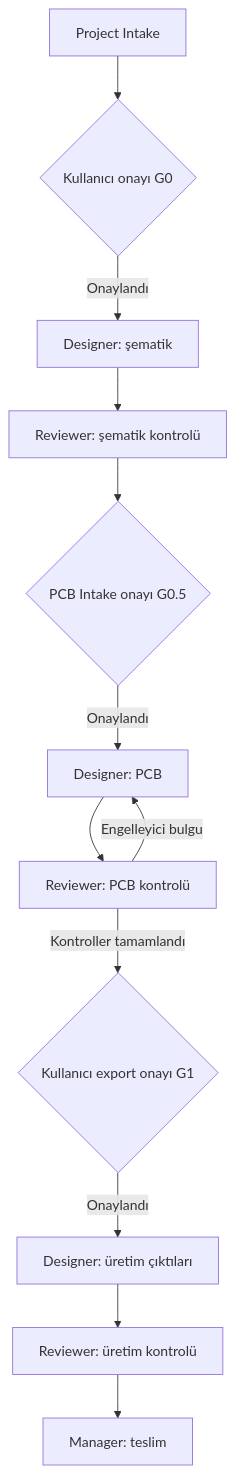
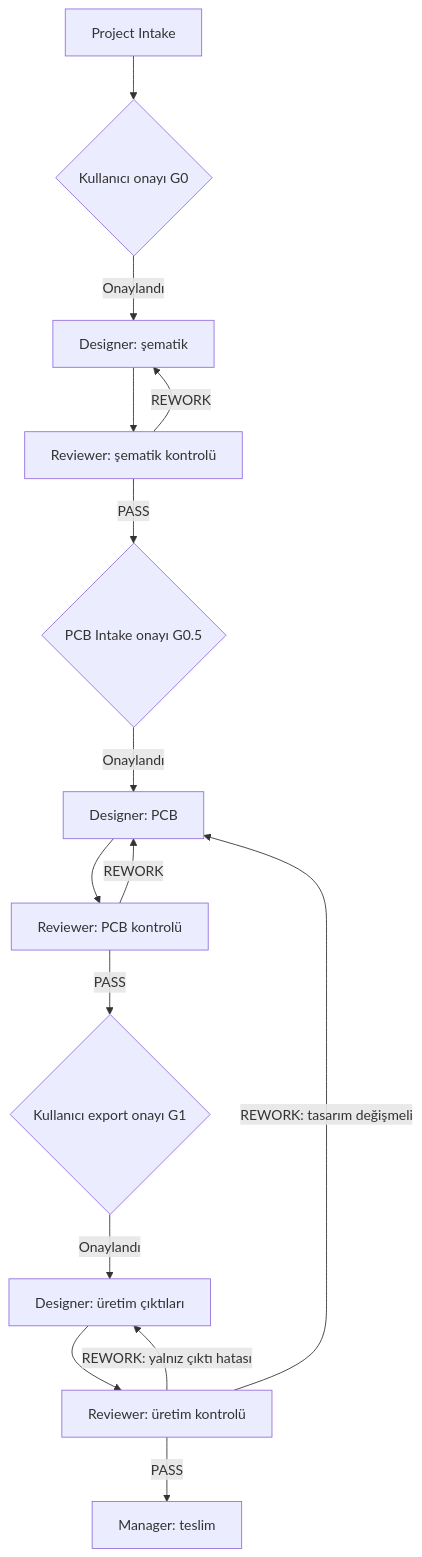
Before and after one commit to d0ukan/ai-hw-designer: the diagram in README.md, drawn with Mermaid. The commit also changed other lines of this file and 1 other file, not shown here.

Commit message:
v1.11.1: add rework loops to workflow chart

````diff
--- a/README.md
+++ b/README.md
@@ -78,14 +78,17 @@
 ```mermaid
 flowchart TD
     I["Project Intake"] --> A{"Kullanıcı onayı G0"}
     A -->|"Onaylandı"| D["Designer: şematik"]
     D --> S["Reviewer: şematik kontrolü"]
-    S --> B{"PCB Intake onayı G0.5"}
+    S -->|"REWORK"| D
+    S -->|"PASS"| B{"PCB Intake onayı G0.5"}
     B -->|"Onaylandı"| P["Designer: PCB"]
     P --> R["Reviewer: PCB kontrolü"]
-    R -->|"Engelleyici bulgu"| P
-    R -->|"Kontroller tamamlandı"| G{"Kullanıcı export onayı G1"}
+    R -->|"REWORK"| P
+    R -->|"PASS"| G{"Kullanıcı export onayı G1"}
     G -->|"Onaylandı"| E["Designer: üretim çıktıları"]
     E --> V["Reviewer: üretim kontrolü"]
-    V --> H["Manager: teslim"]
+    V -->|"REWORK: yalnız çıktı hatası"| E
+    V -->|"REWORK: tasarım değişmeli"| P
+    V -->|"PASS"| H["Manager: teslim"]
 ```
````
